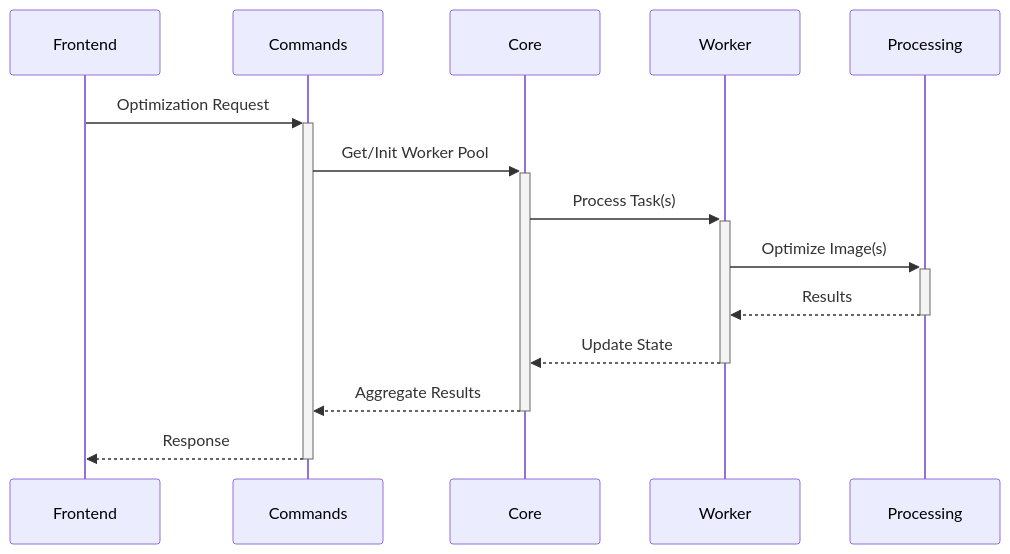
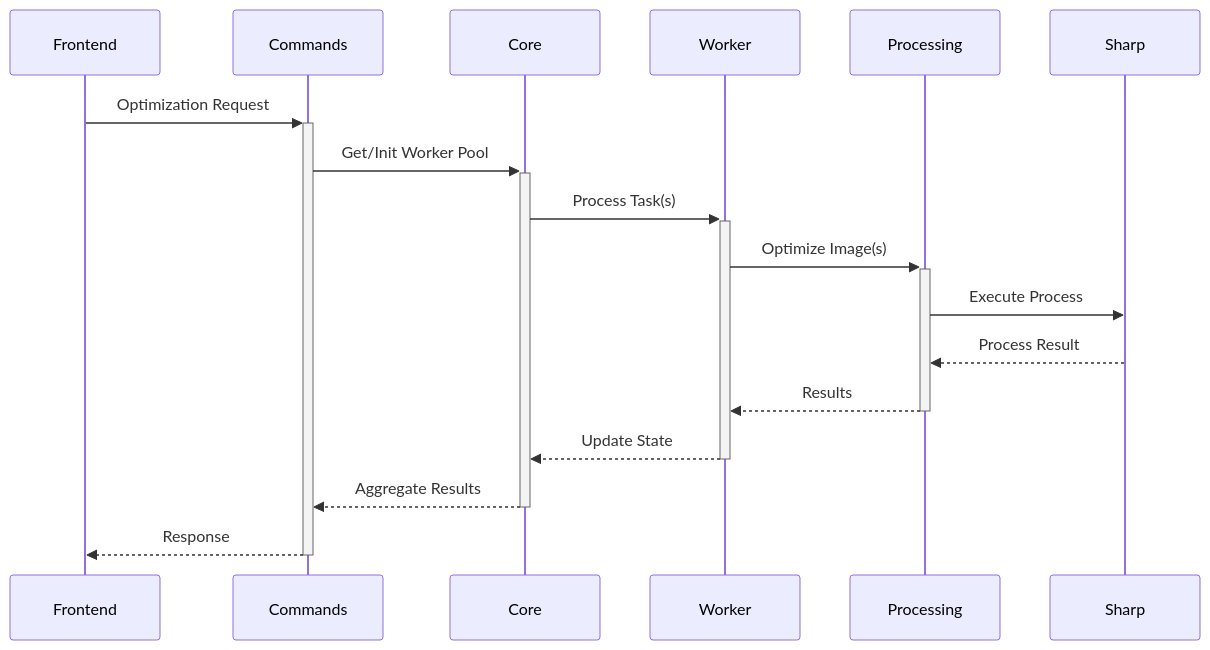
One commit to MogensenJesse/image-optimizer changed the second of 2 diagrams in BACKEND.md. Above: the diagram before and after it, drawn with Mermaid. The commit also changed other lines of this file and 1 other file, not shown here.

````diff
--- a/BACKEND.md
+++ b/BACKEND.md
@@ -251,11 +579,13 @@
 ```mermaid
 sequenceDiagram
     Frontend->>+Commands: Optimization Request
     Commands->>+Core: Get/Init Worker Pool
     Core->>+Worker: Process Task(s)
     Worker->>+Processing: Optimize Image(s)
+    Processing->>Sharp: Execute Process
+    Sharp-->>Processing: Process Result
     Processing-->>-Worker: Results
     Worker-->>-Core: Update State
     Core-->>-Commands: Aggregate Results
     Commands-->>-Frontend: Response
 ```
````
